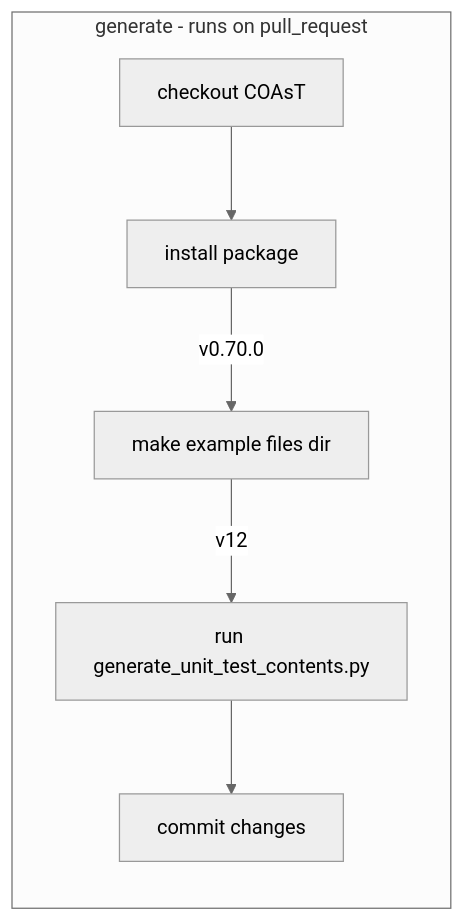
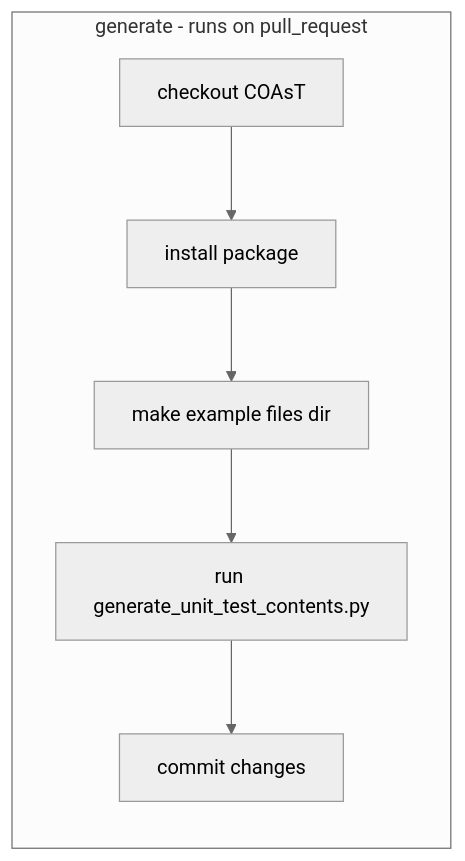
One commit to British-Oceanographic-Data-Centre/COAsT changed the fifth of 6 diagrams in github-actions-flowchart.md. Above: the diagram before and after it, drawn with Mermaid (neutral theme).

Commit message:
remove version strings

````diff
--- a/github-actions-flowchart.md
+++ b/github-actions-flowchart.md
@@ -83,10 +83,10 @@
 ```mermaid
 graph LR
     subgraph generate - runs on pull_request
     A[checkout COAsT]-->B;    
-    B[install package] -- v0.70.0 -->C;
-    C[make example files dir]-- v12 --> D;
+    B[install package]-->C;
+    C[make example files dir]--> D;
     D[run generate_unit_test_contents.py]-->E
     E[commit changes]
     end;
 ```
````
